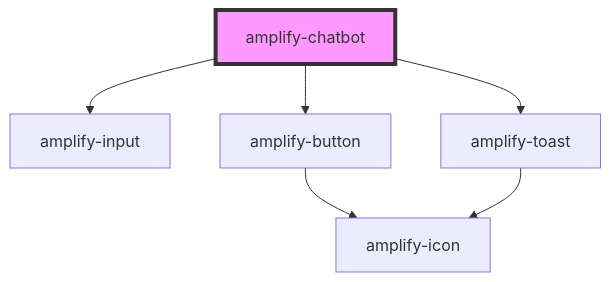
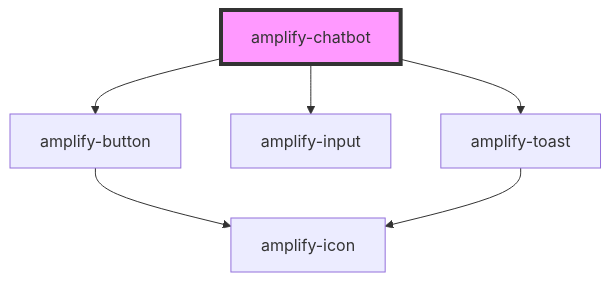
The diagram in packages/amplify-ui-components/src/components/amplify-chatbot/readme.md (aws-amplify/amplify-js), drawn with Mermaid before and after one commit. The commit also changed other lines of this file and 10 other files, not shown here.

````diff
--- a/packages/amplify-ui-components/src/components/amplify-chatbot/readme.md
+++ b/packages/amplify-ui-components/src/components/amplify-chatbot/readme.md
@@ -37,9 +37,9 @@
 ```mermaid
 graph TD;
+  amplify-chatbot --> amplify-button
   amplify-chatbot --> amplify-input
-  amplify-chatbot --> amplify-button
   amplify-chatbot --> amplify-toast
   amplify-button --> amplify-icon
   amplify-toast --> amplify-icon
   style amplify-chatbot fill:#f9f,stroke:#333,stroke-width:4px
 ```
````
